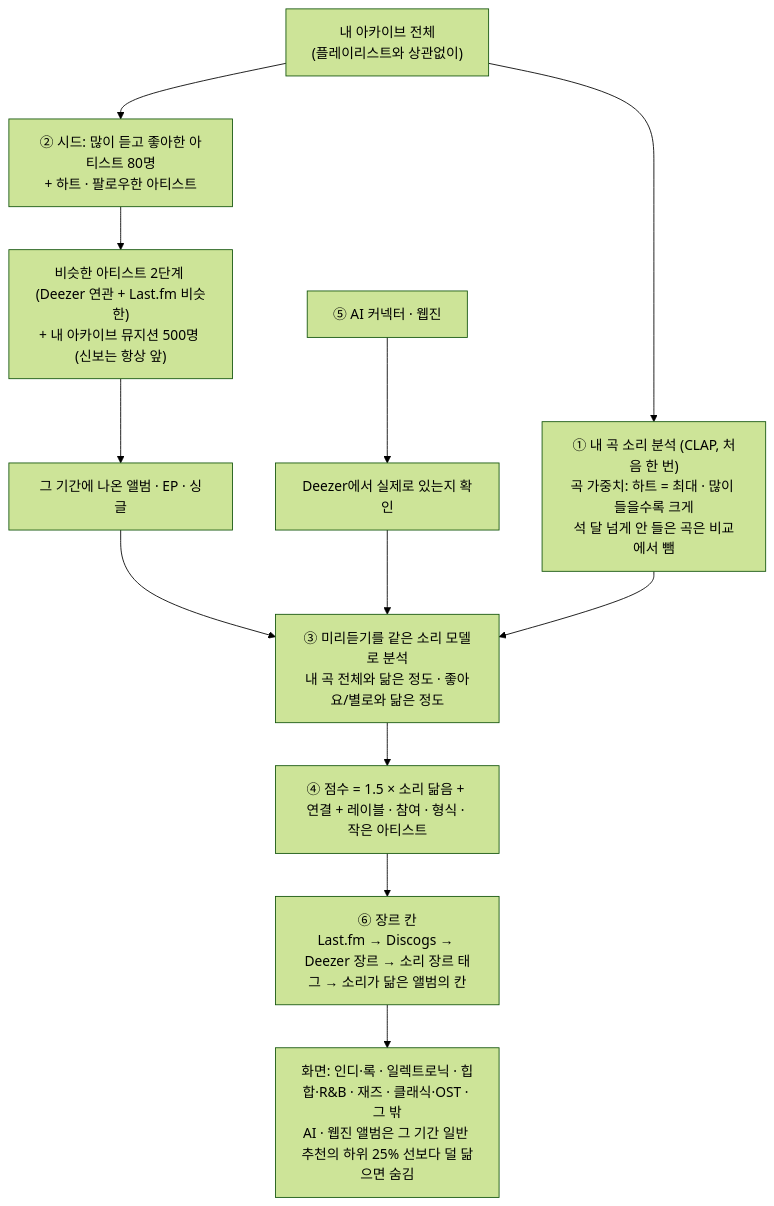
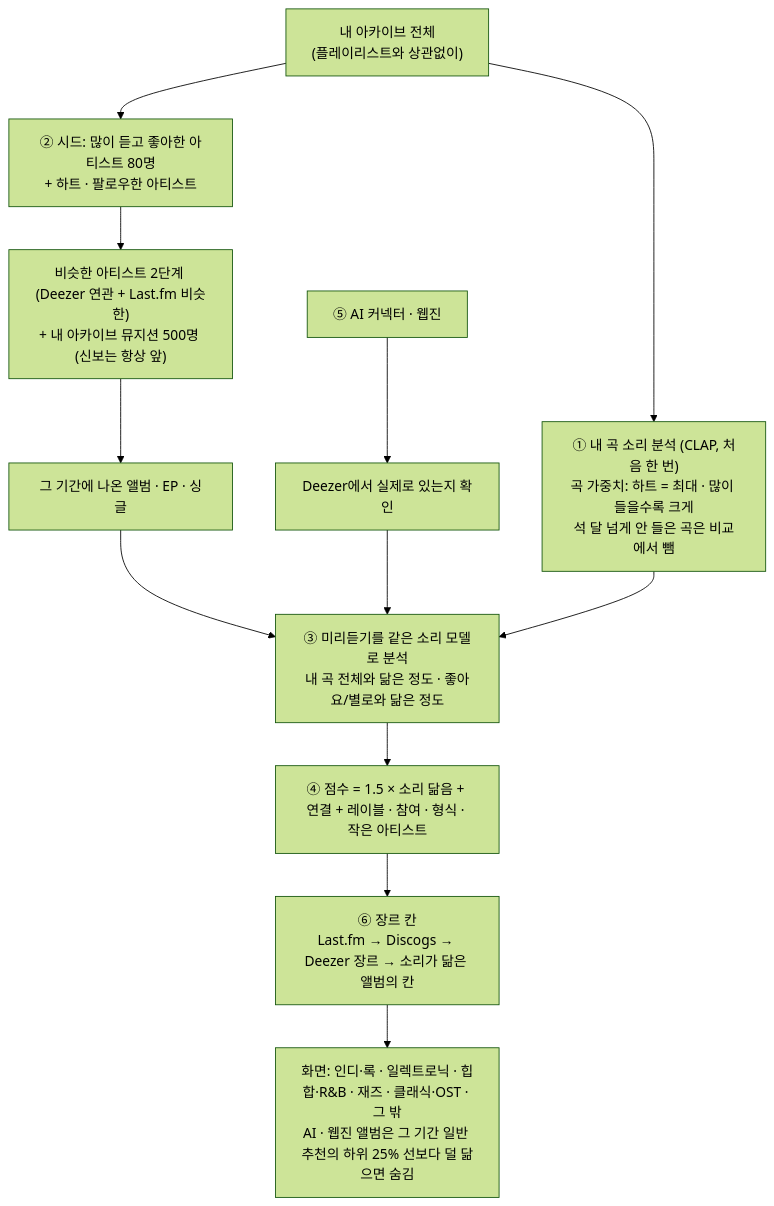
The diagram in docs/recommendation.md (plastiqvox/RecipeSong), drawn with Mermaid (forest theme) before and after one commit. The commit also changed other lines of this file and 15 other files, not shown here.

````diff
--- a/docs/recommendation.md
+++ b/docs/recommendation.md
@@ -11,15 +11,15 @@
 ```mermaid
 flowchart TD
     lib["내 아카이브 전체<br/>(플레이리스트와 상관없이)"]
     lib --> emb["① 내 곡 소리 분석 (CLAP, 처음 한 번)<br/>곡 가중치: 하트 = 최대 · 많이 들을수록 크게<br/>석 달 넘게 안 들은 곡은 비교에서 뺌"]
     lib --> seed["② 시드: 많이 듣고 좋아한 아티스트 80명<br/>+ 하트 · 팔로우한 아티스트"]
     seed --> pool["비슷한 아티스트 2단계 (Deezer 연관 + Last.fm 비슷한)<br/>+ 내 아카이브 뮤지션 500명 (신보는 항상 앞)"]
     pool --> rel["그 기간에 나온 앨범 · EP · 싱글"]
     ext["⑤ AI 커넥터 · 웹진"] --> dz["Deezer에서 실제로 있는지 확인"]
     rel --> listen["③ 미리듣기를 같은 소리 모델로 분석<br/>내 곡 전체와 닮은 정도 · 좋아요/별로와 닮은 정도"]
     dz --> listen
     emb --> listen
     listen --> score["④ 점수 = 1.5 × 소리 닮음 + 연결 + 레이블 · 참여 · 형식 · 작은 아티스트"]
-    score --> group["⑥ 장르 칸<br/>Last.fm → Discogs → Deezer 장르 → 소리 장르 태그 → 소리가 닮은 앨범의 칸"]
+    score --> group["⑥ 장르 칸<br/>Last.fm → Discogs → Deezer 장르 → 소리가 닮은 앨범의 칸"]
     group --> show["화면: 인디·록 · 일렉트로닉 · 힙합·R&B · 재즈 · 클래식·OST · 그 밖<br/>AI · 웹진 앨범은 그 기간 일반 추천의 하위 25% 선보다 덜 닮으면 숨김"]
 ```
````
